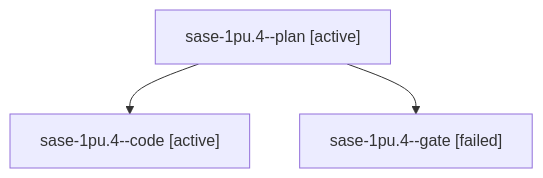
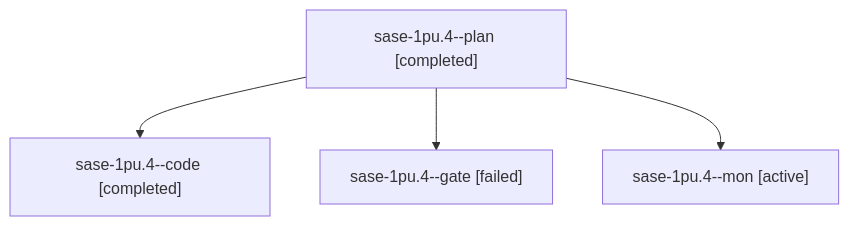
One commit to sase-org/sase--agents changed the diagram in sessions/bbugyi200.athena.sase-1pu.4.md. Above: the diagram before and after it, drawn with Mermaid. The commit also changed other lines of this file and 55 other files, not shown here.

````diff
--- a/sessions/bbugyi200.athena.sase-1pu.4.md
+++ b/sessions/bbugyi200.athena.sase-1pu.4.md
@@ -9,8 +9,10 @@
 ```mermaid
 flowchart TD
-  n0["sase-1pu.4--plan [active]"]
-  n1["sase-1pu.4--code [active]"]
+  n0["sase-1pu.4--plan [completed]"]
+  n1["sase-1pu.4--code [completed]"]
   n0 --> n1
   n2["sase-1pu.4--gate [failed]"]
   n0 --> n2
+  n3["sase-1pu.4--mon [active]"]
+  n0 --> n3
 ```
````
